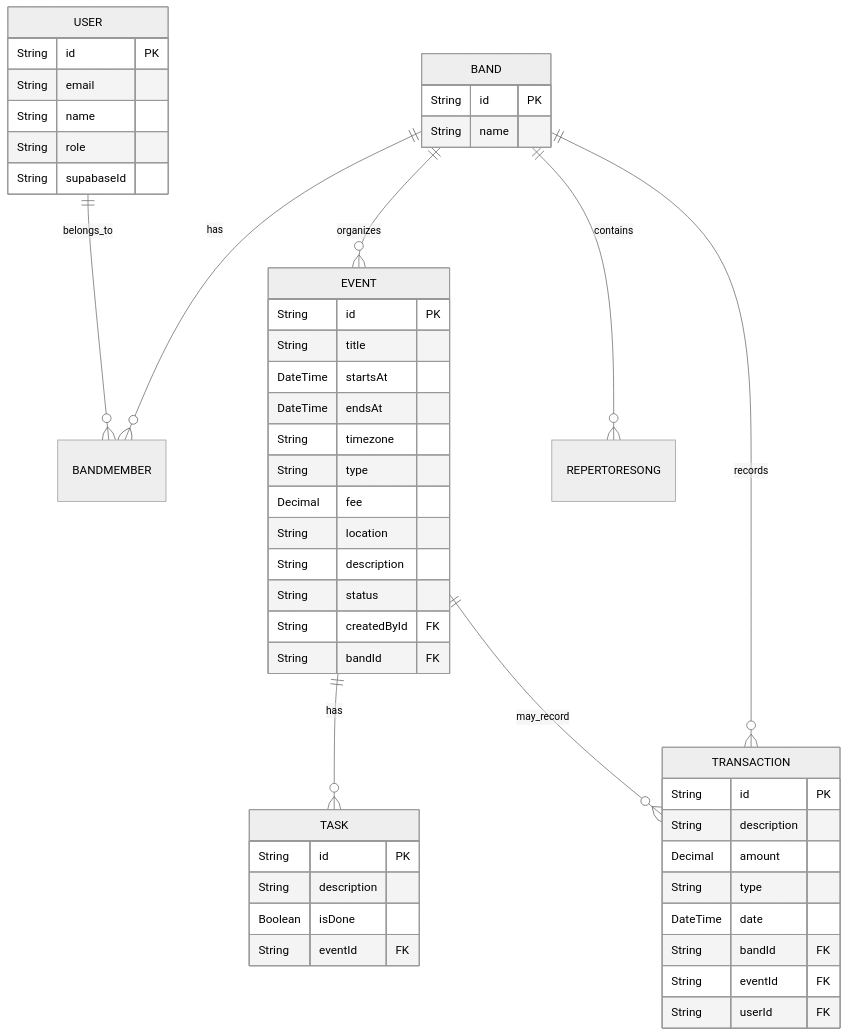
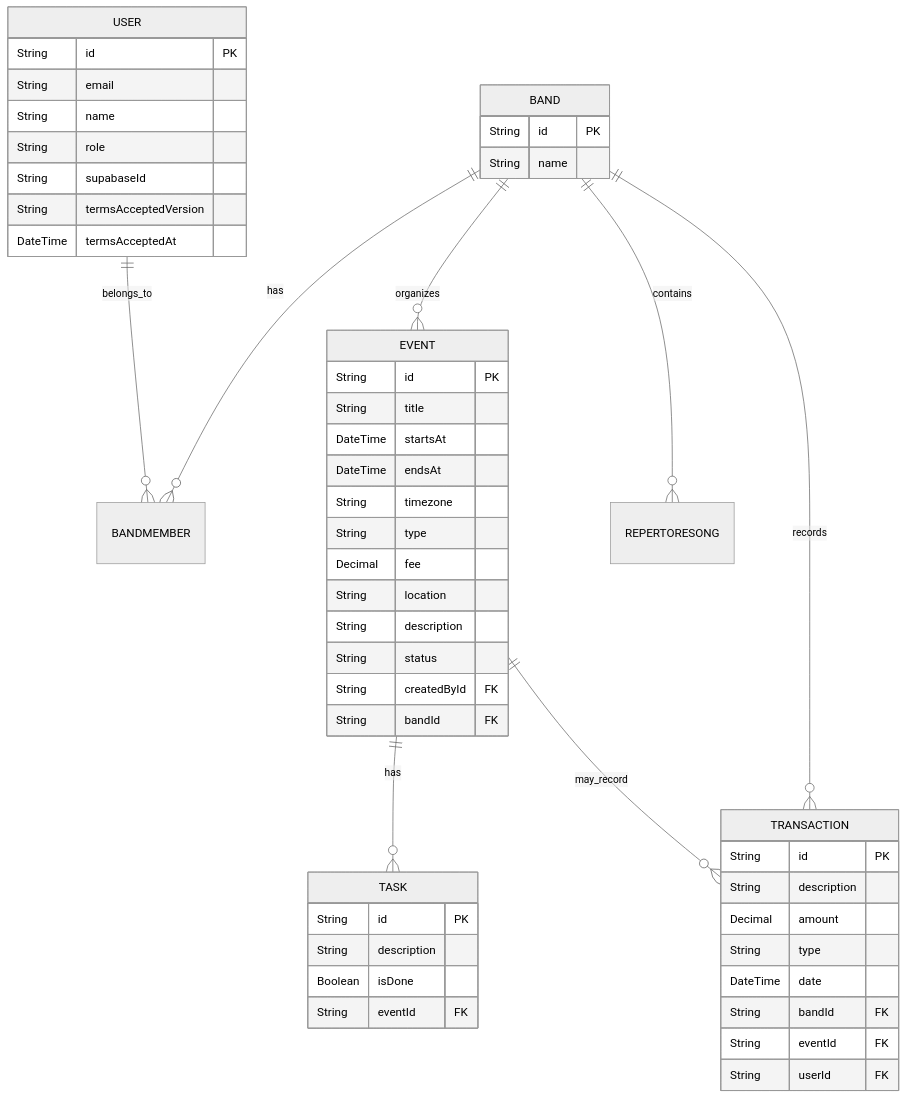
Before and after one commit to LucasDavid80/my-roadie-platform: the diagram in docs/database/erd.md, drawn with Mermaid (neutral theme). The commit also changed other lines of this file and 2 other files, not shown here.

Commit message:
docs(onboarding-legal): atualizar documentacao de regras, ERD e plan.md pós-auditoria

````diff
--- a/docs/database/erd.md
+++ b/docs/database/erd.md
@@ -56,52 +58,54 @@
 ```mermaid
 erDiagram
   USER ||--o{ BANDMEMBER : belongs_to
   BAND ||--o{ BANDMEMBER : has
   BAND ||--o{ EVENT : organizes
   EVENT ||--o{ TASK : has
   BAND ||--o{ REPERTORESONG : contains
   BAND ||--o{ TRANSACTION : records
   EVENT ||--o{ TRANSACTION : may_record
 
   USER {
     String id PK
     String email
     String name
     String role
     String supabaseId
+    String termsAcceptedVersion
+    DateTime termsAcceptedAt
   }
   BAND {
     String id PK
     String name
   }
   EVENT {
     String id PK
     String title
     DateTime startsAt
     DateTime endsAt
     String timezone
     String type
     Decimal fee
     String location
     String description
     String status
     String createdById FK
     String bandId FK
   }
   TASK {
     String id PK
     String description
     Boolean isDone
     String eventId FK
   }
   TRANSACTION {
     String id PK
     String description
     Decimal amount
     String type
     DateTime date
     String bandId FK
     String eventId FK
     String userId FK
   }
 ```
````
